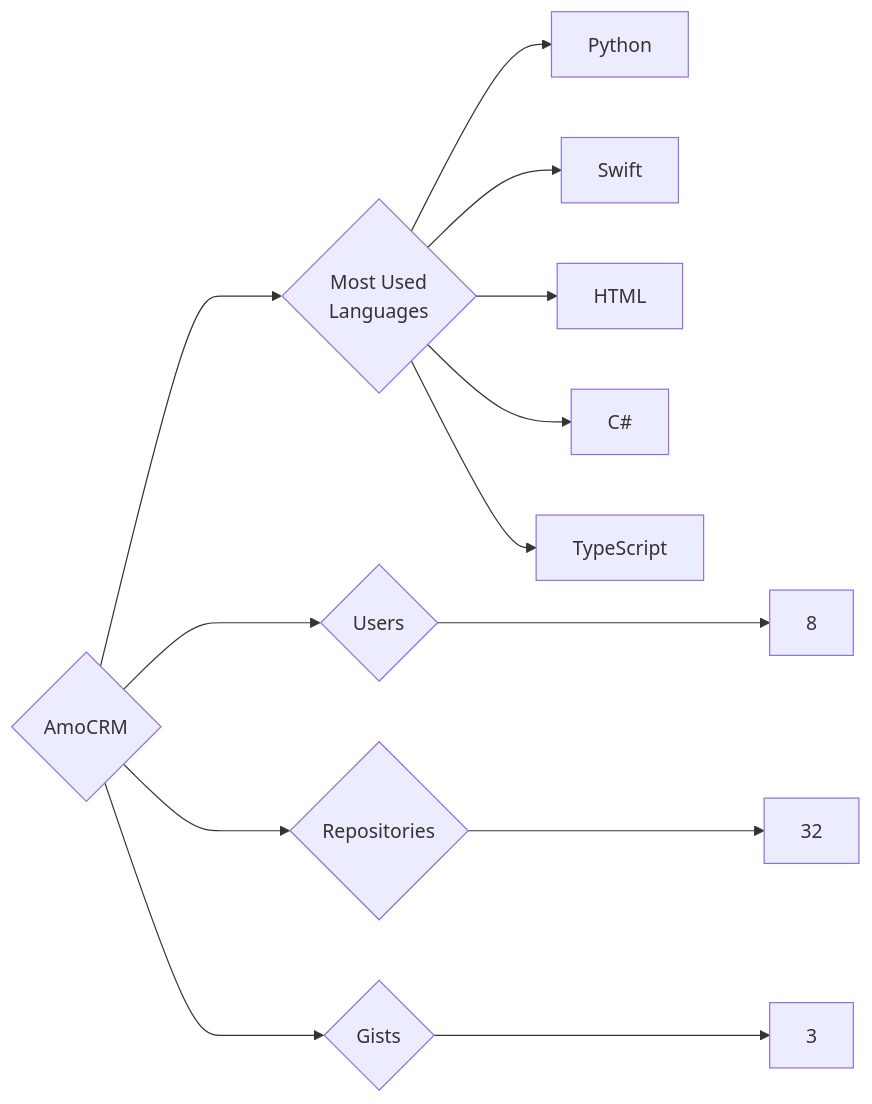
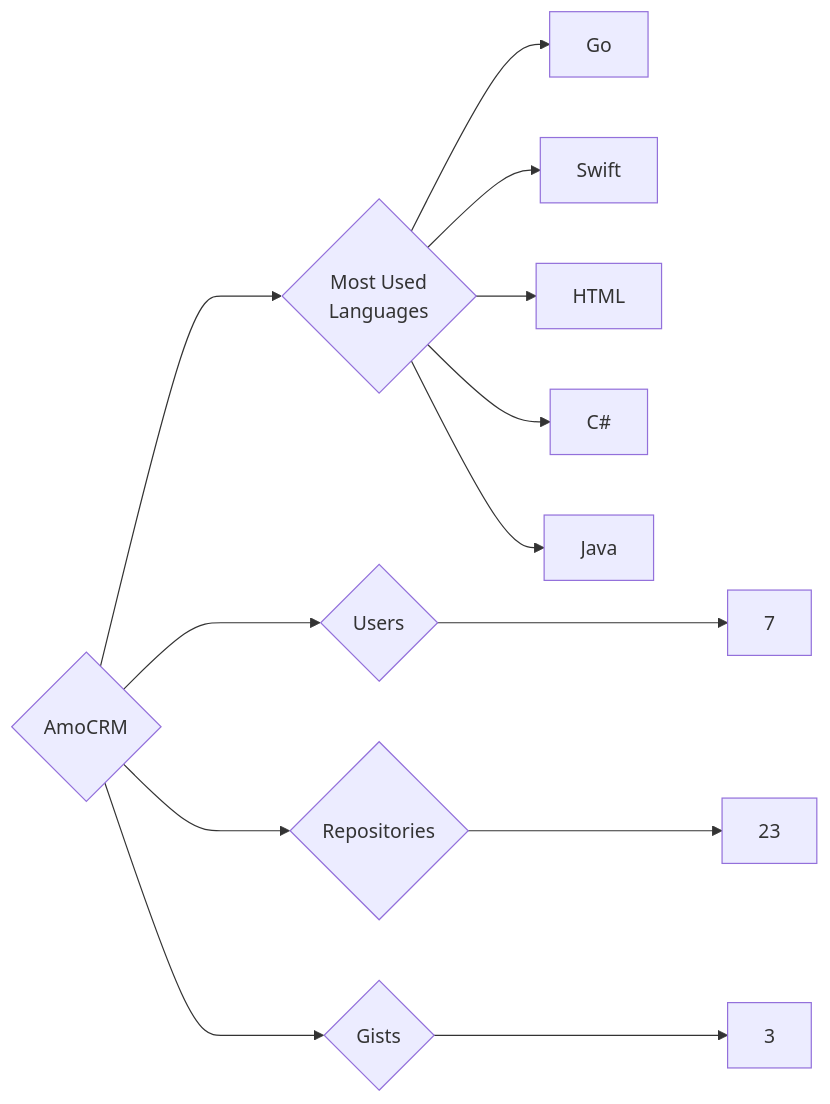
Before and after one commit to trickest/insiders: the diagram in targets/AmoCRM/README.md, drawn with Mermaid. The commit also changed 1166 other files, not shown here.

````diff
--- a/targets/AmoCRM/README.md
+++ b/targets/AmoCRM/README.md
@@ -3,13 +3,13 @@
 ```mermaid
 graph LR
 COMPANY_NAME{AmoCRM}
-COMPANY_NAME ---> U{Users} ---> UN[8]
-COMPANY_NAME ---> R{Repositories} ---> RN[32]
+COMPANY_NAME ---> U{Users} ---> UN[7]
+COMPANY_NAME ---> R{Repositories} ---> RN[23]
 COMPANY_NAME ---> G{Gists} ---> GN[3]
 COMPANY_NAME ---> ML{Most Used<br>Languages}
-ML --> Python[Python]
+ML --> Go[Go]
 ML --> Swift[Swift]
 ML --> HTML[HTML]
 ML --> C#[C#]
-ML --> TypeScript[TypeScript]
+ML --> Java[Java]
 ```
````
